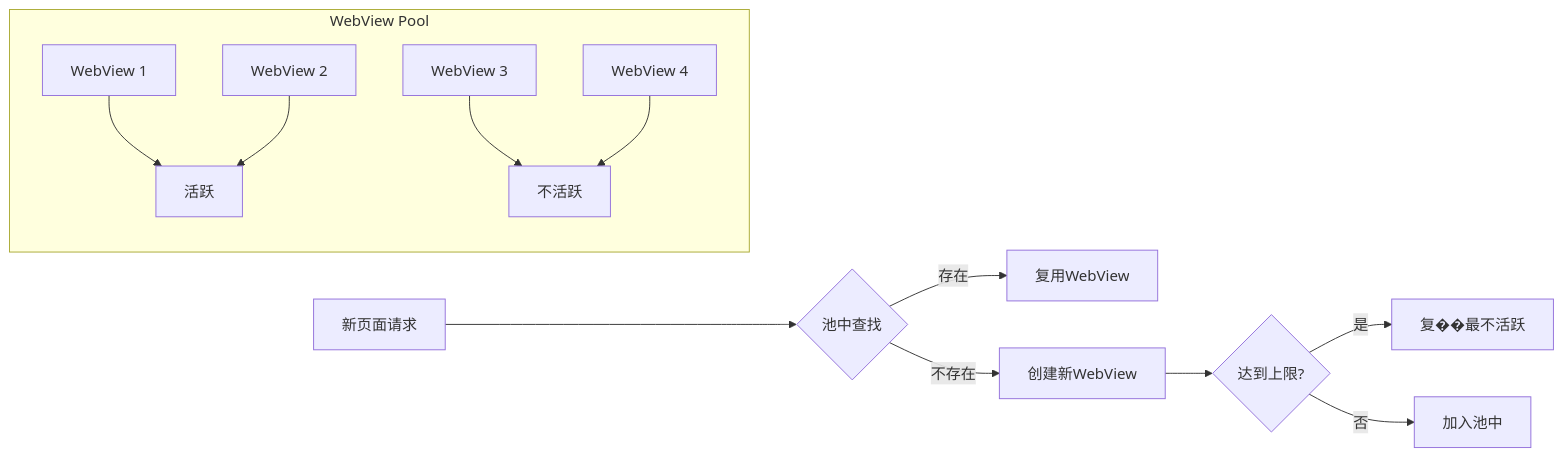
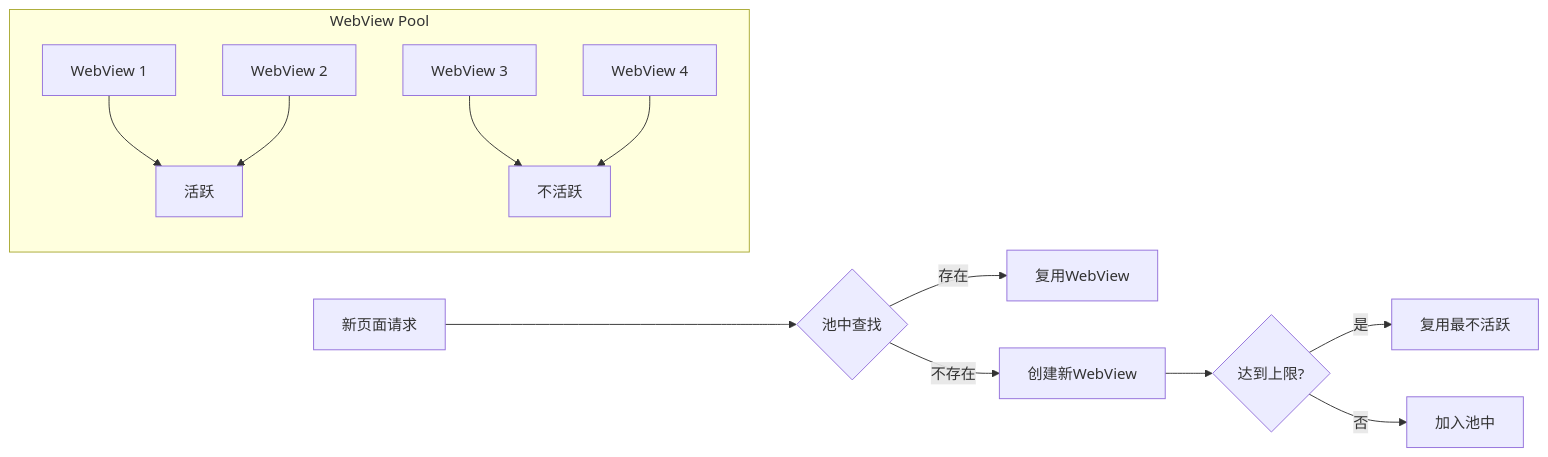
Before and after one commit to Zenquan/blog.u-tools.fun: the fifth of 5 diagrams in content/blog/app-h5-offline-solution.md, drawn with Mermaid. The commit also changed other lines of this file and 2 other files, not shown here.

````diff
--- a/content/blog/app-h5-offline-solution.md
+++ b/content/blog/app-h5-offline-solution.md
@@ -738,16 +738,16 @@
 ```mermaid
 graph LR
     subgraph WebView Pool
     A[WebView 1] --> E[活跃]
     B[WebView 2] --> E
     C[WebView 3] --> F[不活跃]
     D[WebView 4] --> F
     end
 
     G[新页面请求] --> H{池中查找}
     H -->|存在| I[复用WebView]
     H -->|不存在| J[创建新WebView]
     J --> K{达到上限?}
-    K -->|是| L[复��最不活跃]
+    K -->|是| L[复用最不活跃]
     K -->|否| M[加入池中]
 ```
````
